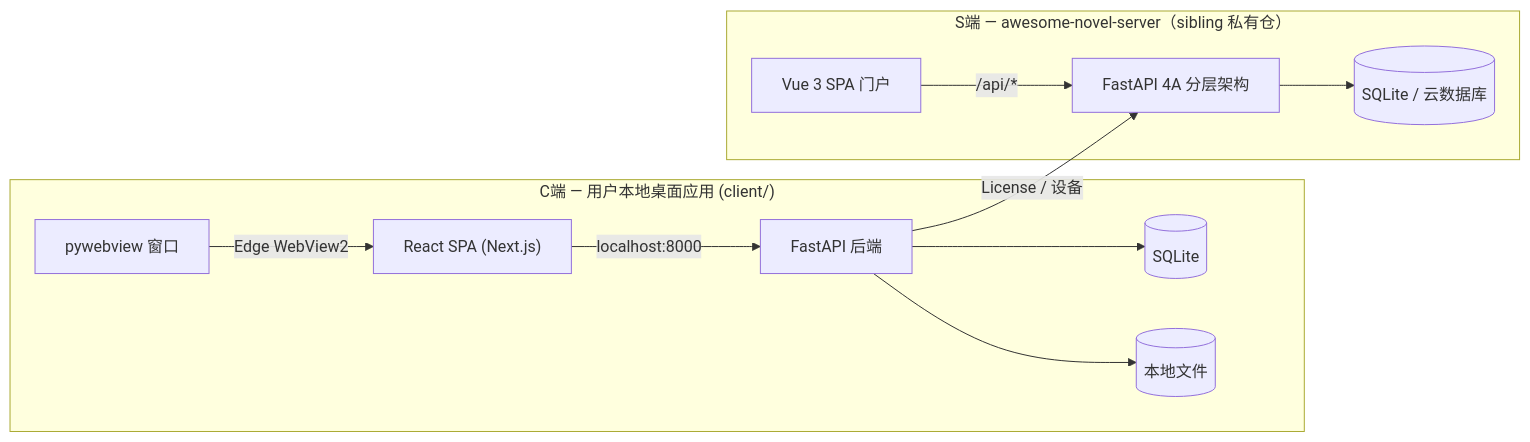
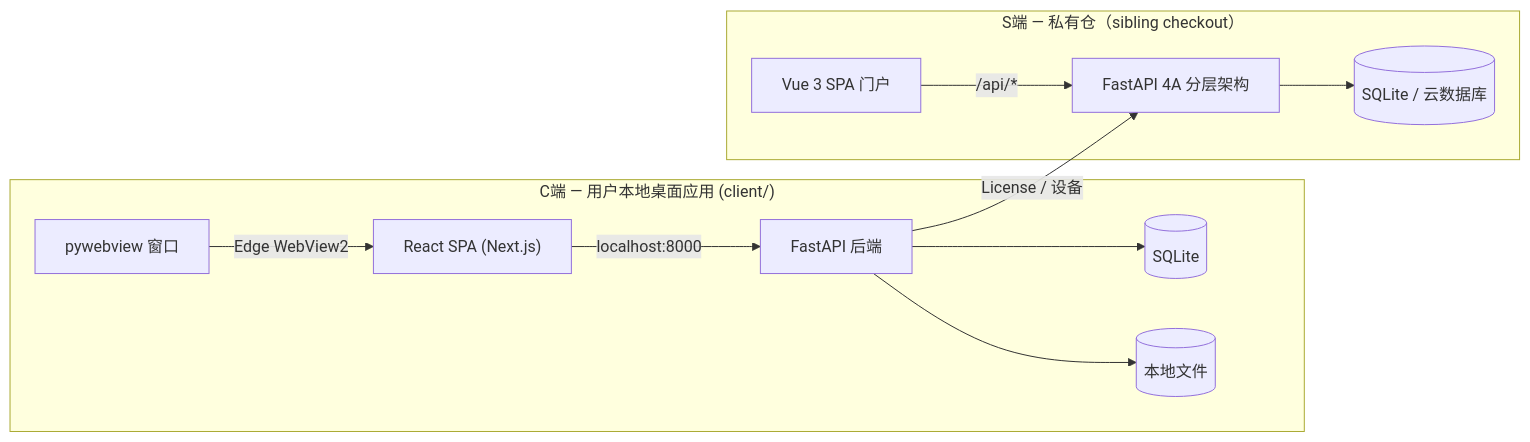
One commit to modoojunko/awesome-novel-desktop changed the diagram in CLAUDE.md. Above: the diagram before and after it, drawn with Mermaid. The commit also changed other lines of this file and 10 other files, not shown here.

````diff
--- a/CLAUDE.md
+++ b/CLAUDE.md
@@ -121,23 +121,23 @@
 ```mermaid
 flowchart LR
     subgraph client ["C端 — 用户本地桌面应用 (client/)"]
         pywebview["pywebview 窗口"]
         ReactSPA["React SPA (Next.js)"]
         FastAPI["FastAPI 后端"]
         SQLite[("SQLite")]
         FS[("本地文件")]
     end
-    subgraph server ["S端 — awesome-novel-server（sibling 私有仓）"]
+    subgraph server ["S端 — 私有仓（sibling checkout）"]
         VueSPA["Vue 3 SPA 门户"]
         S_Backend["FastAPI 4A 分层架构"]
         CDB[("SQLite / 云数据库")]
     end
     
     pywebview -->|Edge WebView2| ReactSPA
     ReactSPA -->|localhost:8000| FastAPI
     FastAPI --> SQLite
     FastAPI --> FS
     FastAPI -->|License / 设备| S_Backend
     VueSPA -->|/api/*| S_Backend
     S_Backend --> CDB
 ```
````
